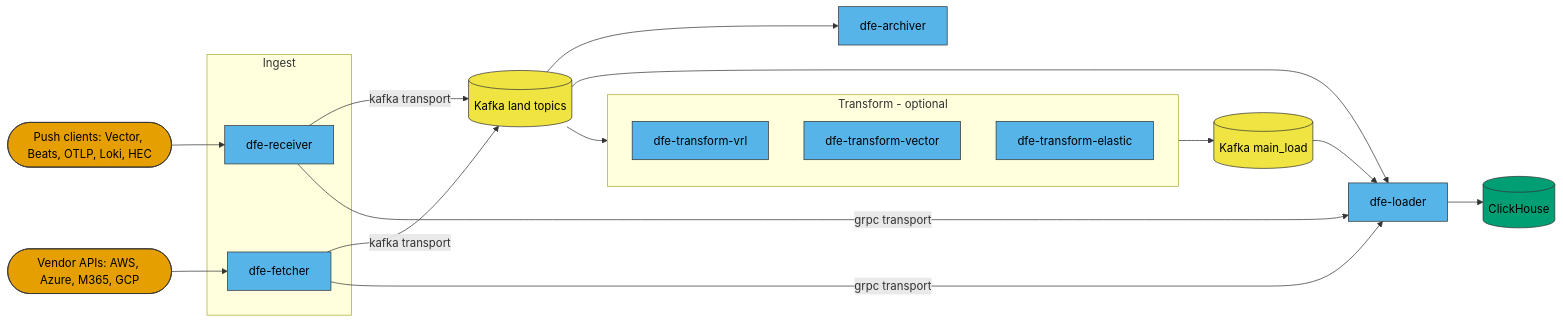
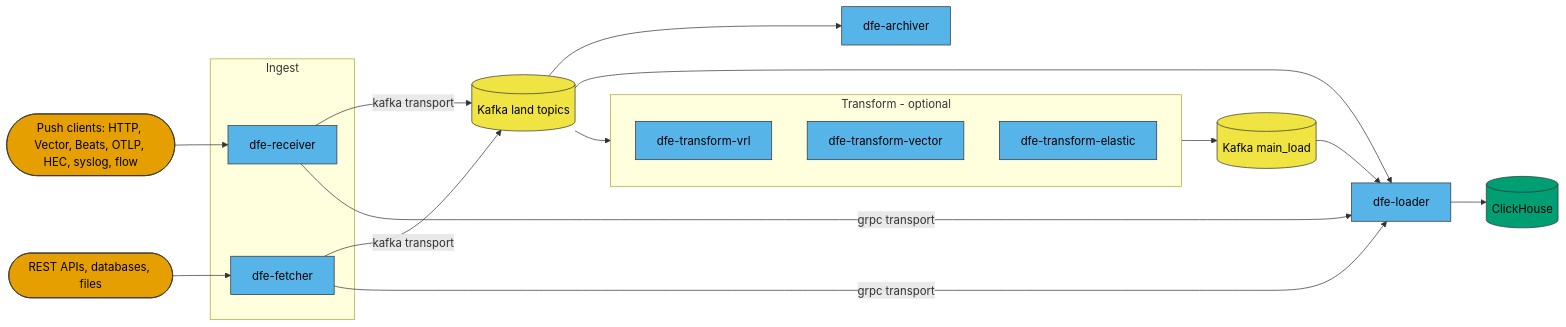
The first of 4 diagrams in docs/architecture.md (hyperi-io/dfe-docker), drawn with Mermaid before and after one commit. The commit also changed other lines of this file and 17 other files, not shown here.

````diff
--- a/docs/architecture.md
+++ b/docs/architecture.md
@@ -25,41 +27,41 @@
 ```mermaid
 flowchart LR
     classDef ext fill:#E69F00,stroke:#333333,color:#000000
     classDef dfe fill:#56B4E9,stroke:#333333,color:#000000
     classDef store fill:#009E73,stroke:#333333,color:#000000
     classDef broker fill:#F0E442,stroke:#333333,color:#000000
 
-    push(["Push clients: Vector, Beats, OTLP, Loki, HEC"]):::ext
-    api(["Vendor APIs: AWS, Azure, M365, GCP"]):::ext
+    push(["Push clients: HTTP, Vector, Beats, OTLP, HEC, syslog, flow"]):::ext
+    api(["REST APIs, databases, files"]):::ext
 
     subgraph ingest [Ingest]
         receiver["dfe-receiver"]:::dfe
         fetcher["dfe-fetcher"]:::dfe
     end
 
     land[(Kafka land topics)]:::broker
 
     subgraph xform [Transform - optional]
         vrl["dfe-transform-vrl"]:::dfe
         vector["dfe-transform-vector"]:::dfe
         elastic["dfe-transform-elastic"]:::dfe
     end
 
     load[(Kafka main_load)]:::broker
     archiver["dfe-archiver"]:::dfe
     loader["dfe-loader"]:::dfe
     ch[(ClickHouse)]:::store
 
     push --> receiver
     api --> fetcher
     receiver -->|kafka transport| land
     fetcher -->|kafka transport| land
     receiver -->|grpc transport| loader
     fetcher -->|grpc transport| loader
     land --> archiver
     land --> loader
     land --> xform
     xform --> load
     load --> loader
     loader --> ch
 ```
````
